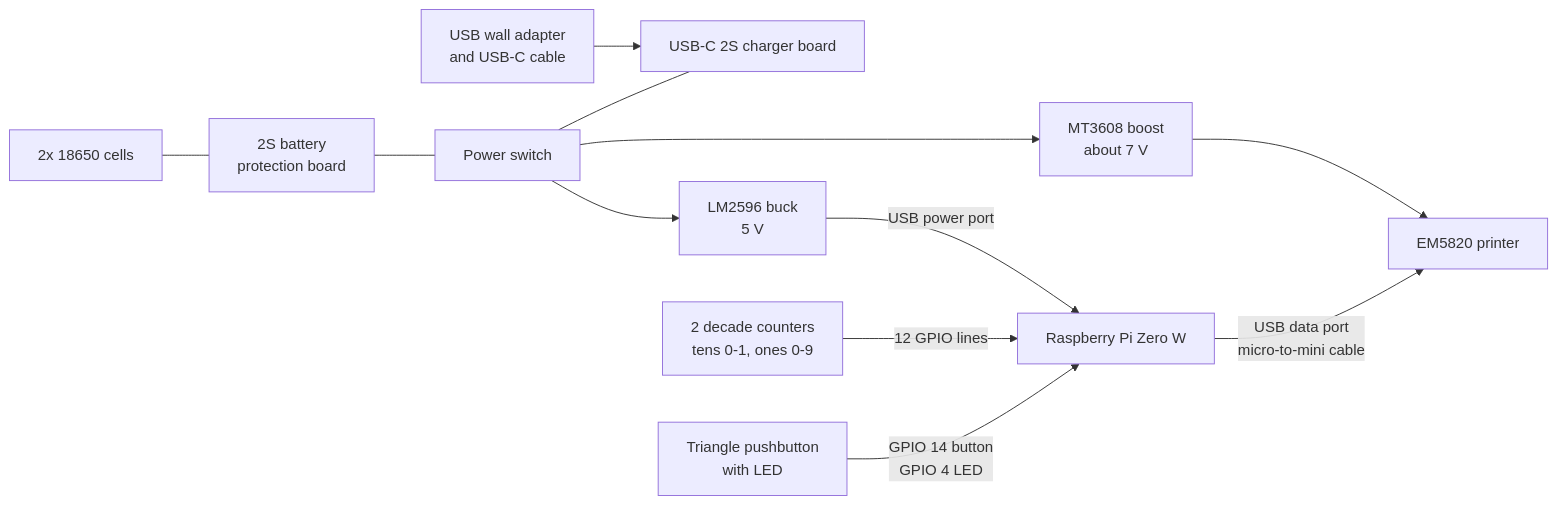
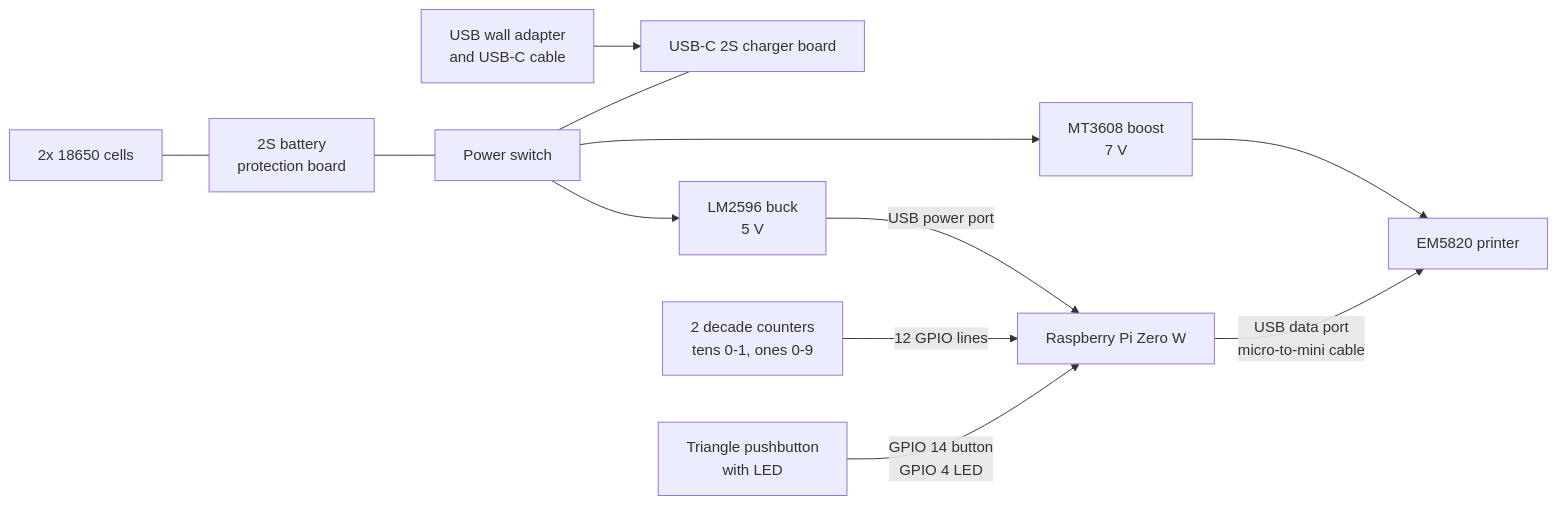
One commit to calvin-young/momir-machine changed the diagram in docs/HARDWARE.md. Above: the diagram before and after it, drawn with Mermaid. The commit also changed other lines of this file and 2 other files, not shown here.

````diff
--- a/docs/HARDWARE.md
+++ b/docs/HARDWARE.md
@@ -32,14 +33,14 @@
 ```mermaid
 flowchart LR
     wall["USB wall adapter<br/>and USB-C cable"] --> charger["USB-C 2S charger board"]
     cells["2x 18650 cells"] --- bms["2S battery<br/>protection board"]
     bms --- switch["Power switch"]
     switch --- charger
-    switch --> boost["MT3608 boost<br/>about 7 V"]
+    switch --> boost["MT3608 boost<br/>7 V"]
     switch --> buck["LM2596 buck<br/>5 V"]
     boost --> printer["EM5820 printer"]
     buck -- "USB power port" --> pi["Raspberry Pi Zero W"]
     pi -- "USB data port<br/>micro-to-mini cable" --> printer
     dial["2 decade counters<br/>tens 0-1, ones 0-9"] -- "12 GPIO lines" --> pi
     btn["Triangle pushbutton<br/>with LED"] -- "GPIO 14 button<br/>GPIO 4 LED" --> pi
 ```
````
